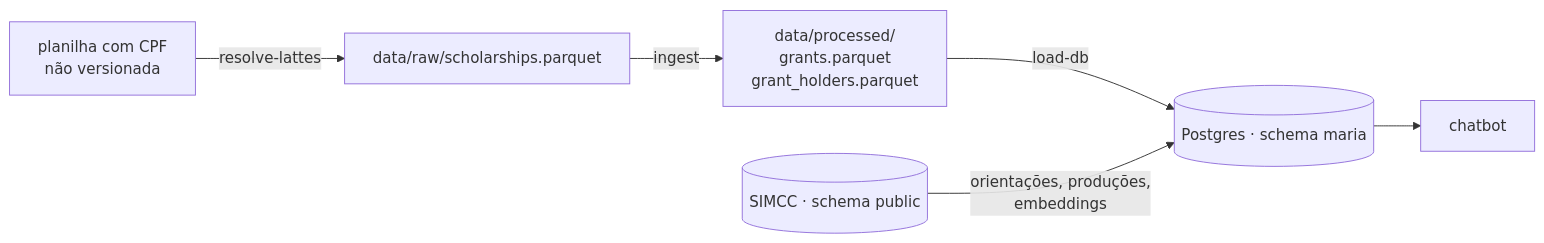
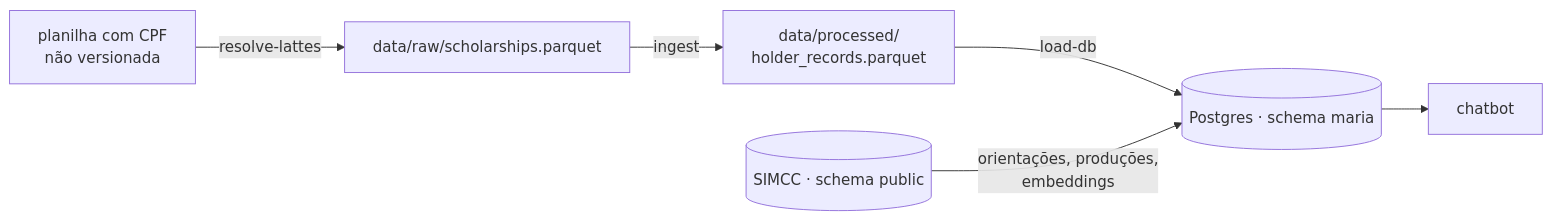
Before and after one commit to meirelesgc/simcc-maria: the diagram in docs/dados/pipeline.md, drawn with Mermaid. The commit also changed other lines of this file and 29 other files, not shown here.

````diff
--- a/docs/dados/pipeline.md
+++ b/docs/dados/pipeline.md
@@ -3,8 +3,8 @@
 ```mermaid
 flowchart LR
     X[planilha com CPF<br/>não versionada] -->|resolve-lattes| R[data/raw/scholarships.parquet]
-    R -->|ingest| P[data/processed/<br/>grants.parquet<br/>grant_holders.parquet]
+    R -->|ingest| P[data/processed/<br/>holder_records.parquet]
     P -->|load-db| M[(Postgres · schema maria)]
     S[(SIMCC · schema public)] -->|orientações, produções,<br/>embeddings| M
     M --> C[chatbot]
 ```
````
